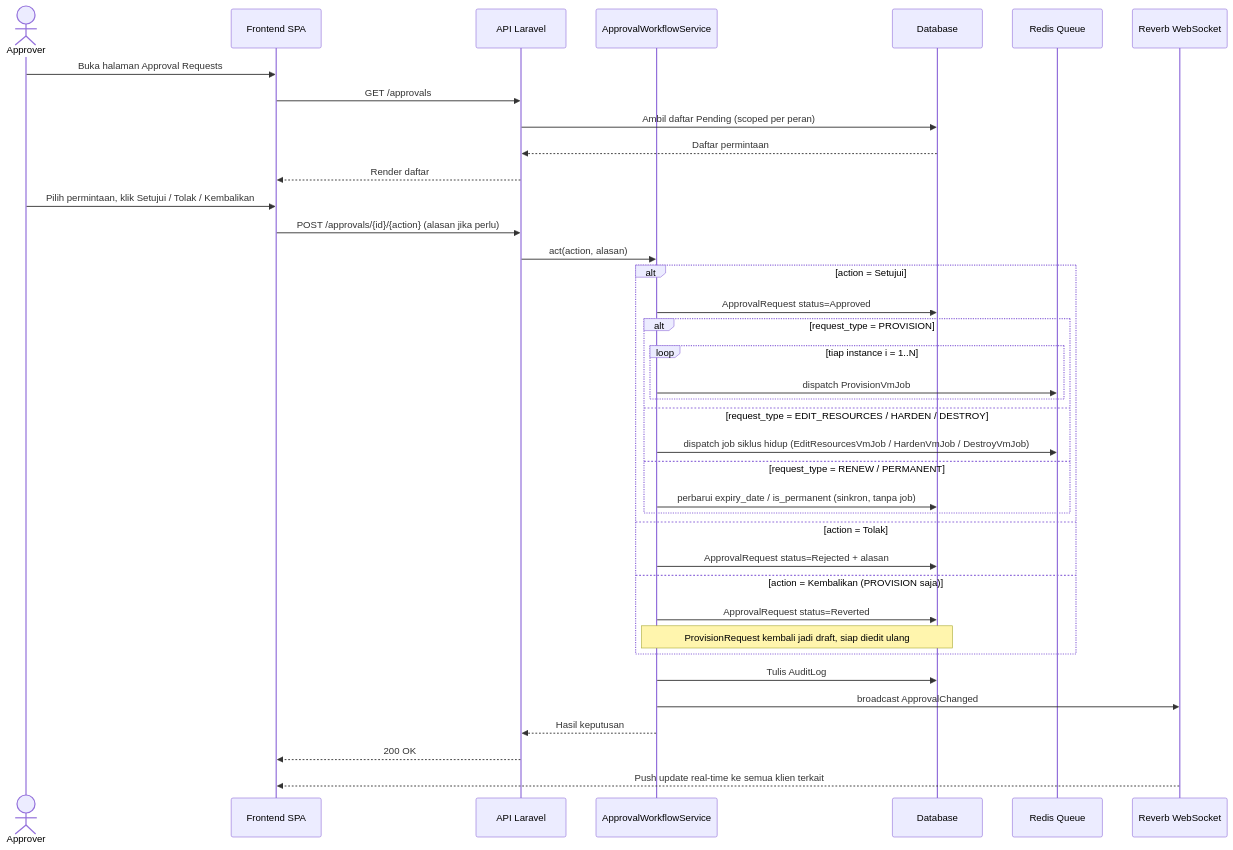
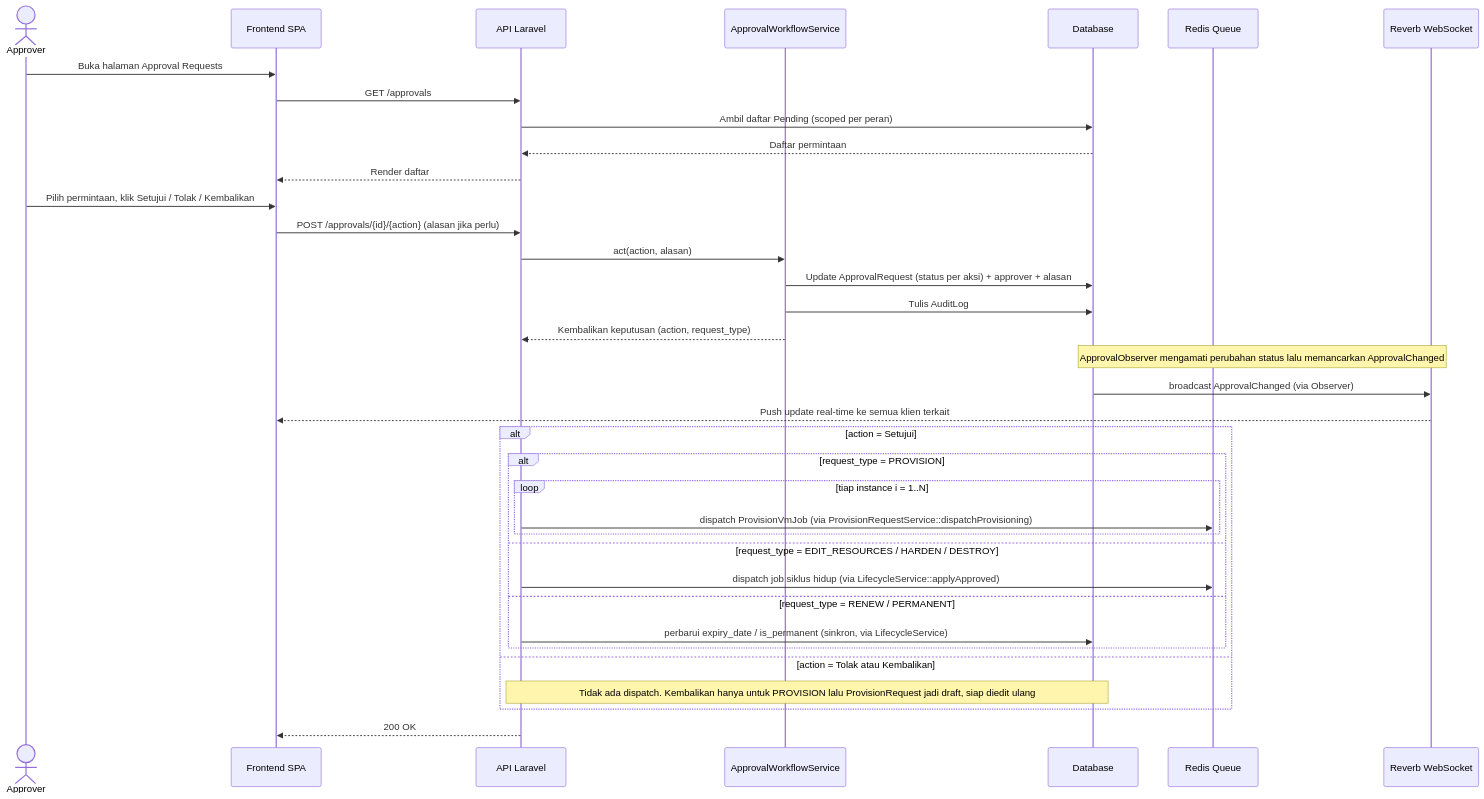
Before and after one commit to ardyxmr/skripsi: the diagram in diagram-3-8-sequence-approval.md, drawn with Mermaid. The commit also changed other lines of this file and 2 other files, not shown here.

Commit message:
Initial commit: Menambahkan seluruh file project

````diff
--- a/diagram-3-8-sequence-approval.md
+++ b/diagram-3-8-sequence-approval.md
@@ -9,44 +12,42 @@
 ```mermaid
 sequenceDiagram
     actor AP as Approver
     participant FE as Frontend SPA
     participant API as API Laravel
     participant SVC as ApprovalWorkflowService
     participant DB as Database
     participant Q as Redis Queue
     participant RV as Reverb WebSocket
 
     AP->>FE: Buka halaman Approval Requests
     FE->>API: GET /approvals
     API->>DB: Ambil daftar Pending (scoped per peran)
     DB-->>API: Daftar permintaan
     API-->>FE: Render daftar
 
     AP->>FE: Pilih permintaan, klik Setujui / Tolak / Kembalikan
     FE->>API: POST /approvals/{id}/{action} (alasan jika perlu)
+
     API->>SVC: act(action, alasan)
+    SVC->>DB: Update ApprovalRequest (status per aksi) + approver + alasan
+    SVC->>DB: Tulis AuditLog
+    SVC-->>API: Kembalikan keputusan (action, request_type)
+    Note over DB,RV: ApprovalObserver mengamati perubahan status lalu memancarkan ApprovalChanged
+    DB->>RV: broadcast ApprovalChanged (via Observer)
+    RV-->>FE: Push update real-time ke semua klien terkait
 
     alt action = Setujui
-        SVC->>DB: ApprovalRequest status=Approved
         alt request_type = PROVISION
             loop tiap instance i = 1..N
-                SVC->>Q: dispatch ProvisionVmJob
+                API->>Q: dispatch ProvisionVmJob (via ProvisionRequestService::dispatchProvisioning)
             end
         else request_type = EDIT_RESOURCES / HARDEN / DESTROY
-            SVC->>Q: dispatch job siklus hidup (EditResourcesVmJob / HardenVmJob / DestroyVmJob)
+            API->>Q: dispatch job siklus hidup (via LifecycleService::applyApproved)
         else request_type = RENEW / PERMANENT
-            SVC->>DB: perbarui expiry_date / is_permanent (sinkron, tanpa job)
+            API->>DB: perbarui expiry_date / is_permanent (sinkron, via LifecycleService)
         end
-    else action = Tolak
-        SVC->>DB: ApprovalRequest status=Rejected + alasan
-    else action = Kembalikan (PROVISION saja)
-        SVC->>DB: ApprovalRequest status=Reverted
-        Note over SVC, DB: ProvisionRequest kembali jadi draft, siap diedit ulang
+    else action = Tolak atau Kembalikan
+        Note over API,DB: Tidak ada dispatch. Kembalikan hanya untuk PROVISION lalu ProvisionRequest jadi draft, siap diedit ulang
     end
-
-    SVC->>DB: Tulis AuditLog
-    SVC->>RV: broadcast ApprovalChanged
-    SVC-->>API: Hasil keputusan
     API-->>FE: 200 OK
-    RV-->>FE: Push update real-time ke semua klien terkait
 ```
````
